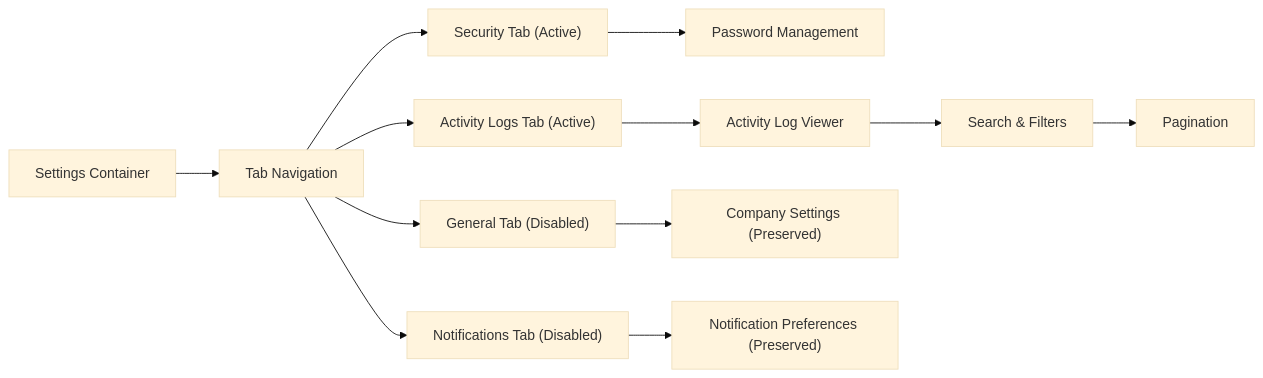
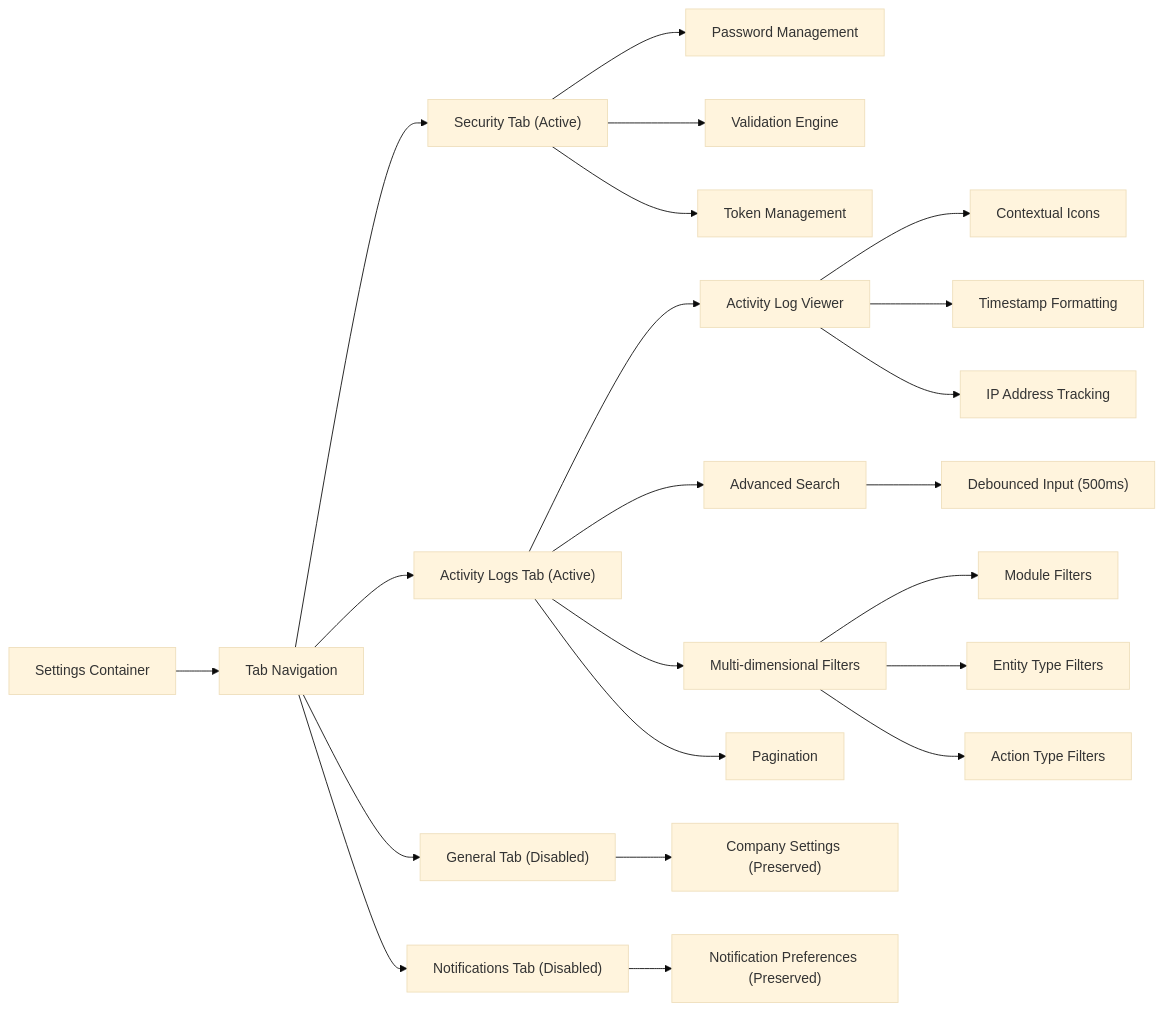
Before and after one commit to Lazynerd-Studios/lacarte-atlas-console: diagram 12 of 12 in .qoder/repowiki/en/content/Business Modules/Business Modules.md, drawn with Mermaid (base theme). The commit also changed other lines of this file and 16 other files, not shown here.

````diff
--- a/.qoder/repowiki/en/content/Business Modules/Business Modules.md
+++ b/.qoder/repowiki/en/content/Business Modules/Business Modules.md
@@ -612,14 +641,24 @@
 ```mermaid
 graph LR
 A["Settings Container"] --> B["Tab Navigation"]
 B --> C["Security Tab (Active)"]
 B --> D["Activity Logs Tab (Active)"]
 B --> E["General Tab (Disabled)"]
 B --> F["Notifications Tab (Disabled)"]
 C --> G["Password Management"]
-D --> H["Activity Log Viewer"]
-E --> I["Company Settings (Preserved)"]
-F --> J["Notification Preferences (Preserved)"]
-H --> K["Search & Filters"]
-K --> L["Pagination"]
+C --> H["Validation Engine"]
+C --> I["Token Management"]
+D --> J["Activity Log Viewer"]
+D --> K["Advanced Search"]
+D --> L["Multi-dimensional Filters"]
+D --> M["Pagination"]
+E --> N["Company Settings (Preserved)"]
+F --> O["Notification Preferences (Preserved)"]
+J --> P["Contextual Icons"]
+J --> Q["Timestamp Formatting"]
+J --> R["IP Address Tracking"]
+K --> S["Debounced Input (500ms)"]
+L --> T["Module Filters"]
+L --> U["Entity Type Filters"]
+L --> V["Action Type Filters"]
 ```
````
